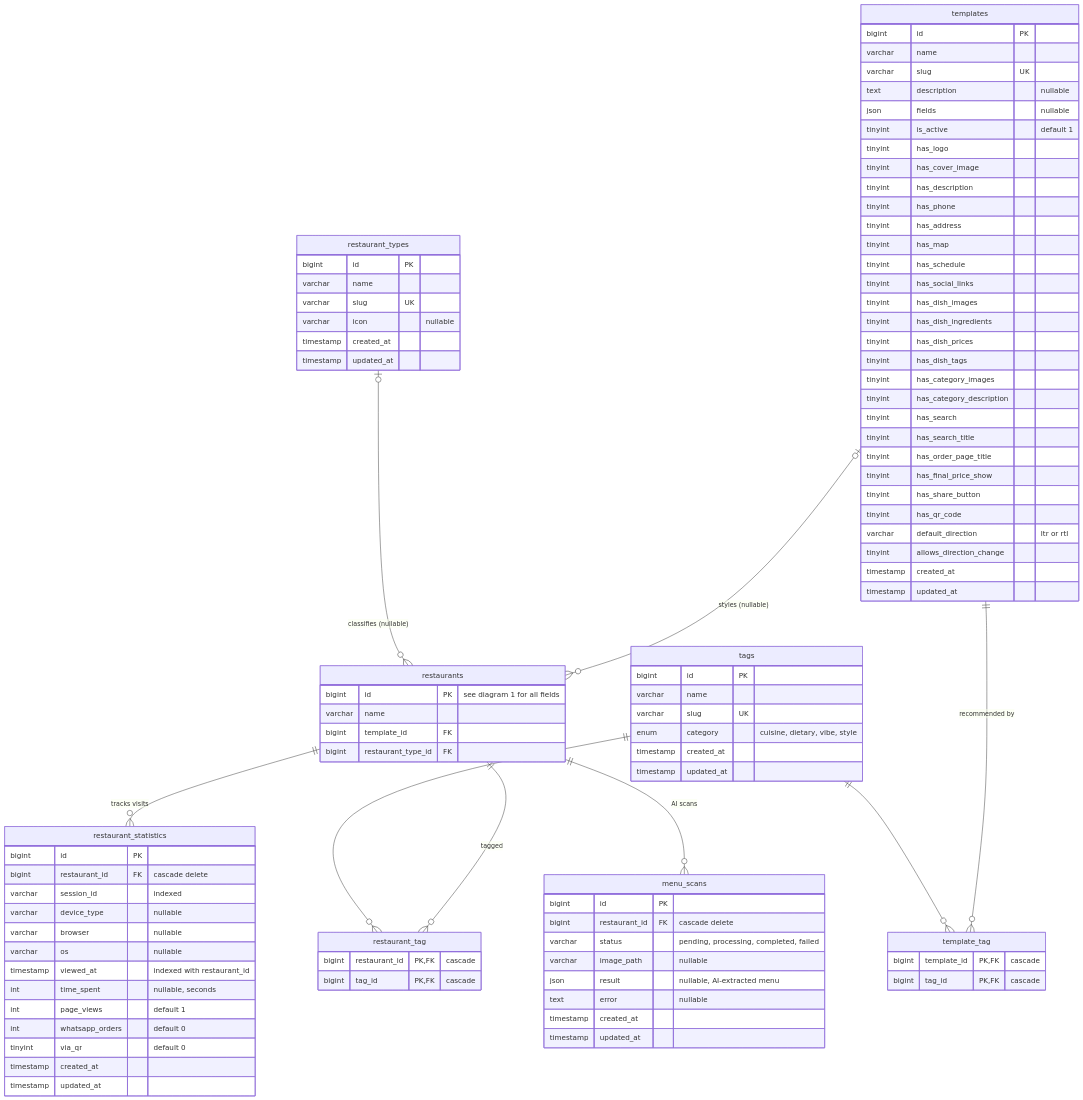
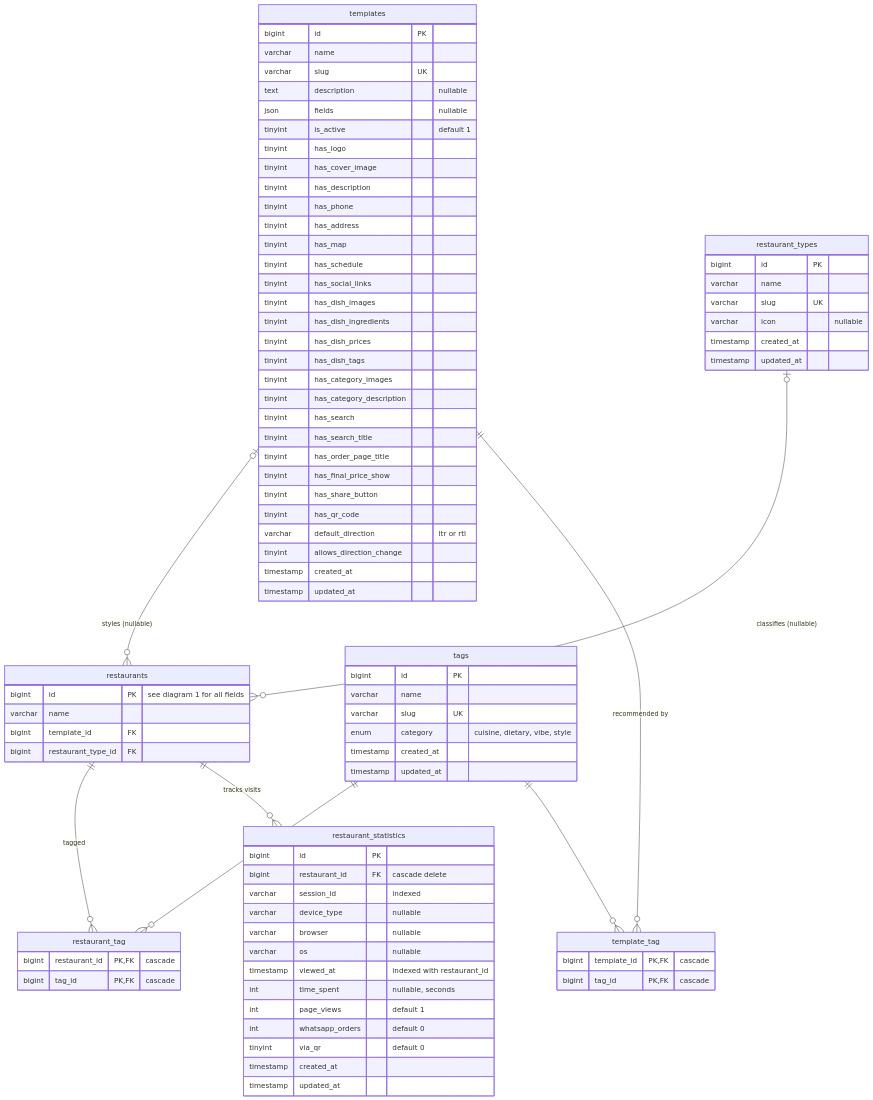
One commit to Danyseifedine/qayema changed the second of 3 diagrams in docs/database-erd.md. Above: the diagram before and after it, drawn with Mermaid. The commit also changed 40 other files, not shown here.

````diff
--- a/docs/database-erd.md
+++ b/docs/database-erd.md
@@ -216,17 +216,6 @@
         timestamp updated_at
     }
 
-    menu_scans {
-        bigint id PK
-        bigint restaurant_id FK "cascade delete"
-        varchar status "pending, processing, completed, failed"
-        varchar image_path "nullable"
-        json result "nullable, AI-extracted menu"
-        text error "nullable"
-        timestamp created_at
-        timestamp updated_at
-    }
-
     templates |o--o{ restaurants : "styles (nullable)"
     restaurant_types |o--o{ restaurants : "classifies (nullable)"
     restaurants ||--o{ restaurant_tag : "tagged"
@@ -234,5 +223,4 @@
     templates ||--o{ template_tag : "recommended by"
     tags ||--o{ template_tag : ""
     restaurants ||--o{ restaurant_statistics : "tracks visits"
-    restaurants ||--o{ menu_scans : "AI scans"
 ```
````
